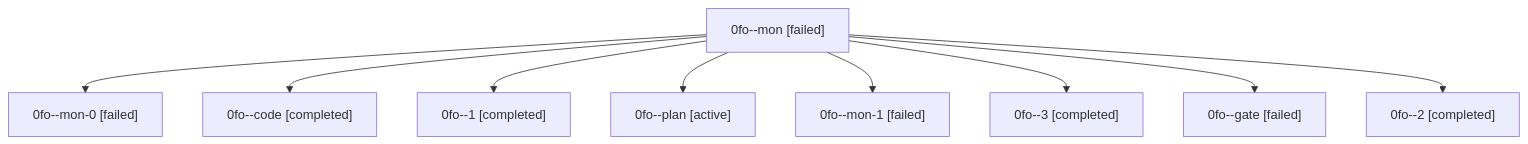
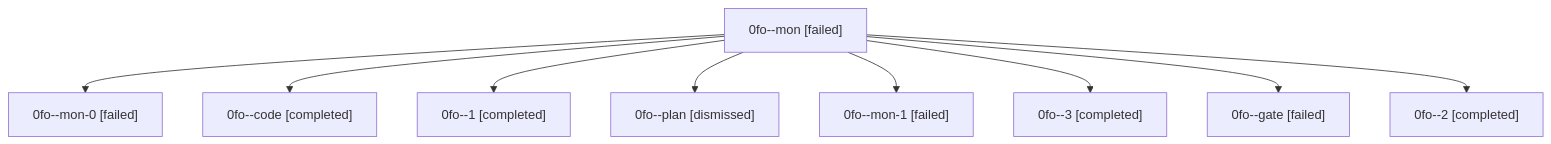
The diagram in sessions/bbugyi200.athena.0fo.md (sase-org/sase--agents), drawn with Mermaid before and after one commit. The commit also changed other lines of this file and 39 other files, not shown here.

````diff
--- a/sessions/bbugyi200.athena.0fo.md
+++ b/sessions/bbugyi200.athena.0fo.md
@@ -9,20 +9,20 @@
 ```mermaid
 flowchart TD
   n0["0fo--mon [failed]"]
   n1["0fo--mon-0 [failed]"]
   n0 --> n1
   n2["0fo--code [completed]"]
   n0 --> n2
   n3["0fo--1 [completed]"]
   n0 --> n3
-  n4["0fo--plan [active]"]
+  n4["0fo--plan [dismissed]"]
   n0 --> n4
   n5["0fo--mon-1 [failed]"]
   n0 --> n5
   n6["0fo--3 [completed]"]
   n0 --> n6
   n7["0fo--gate [failed]"]
   n0 --> n7
   n8["0fo--2 [completed]"]
   n0 --> n8
 ```
````
